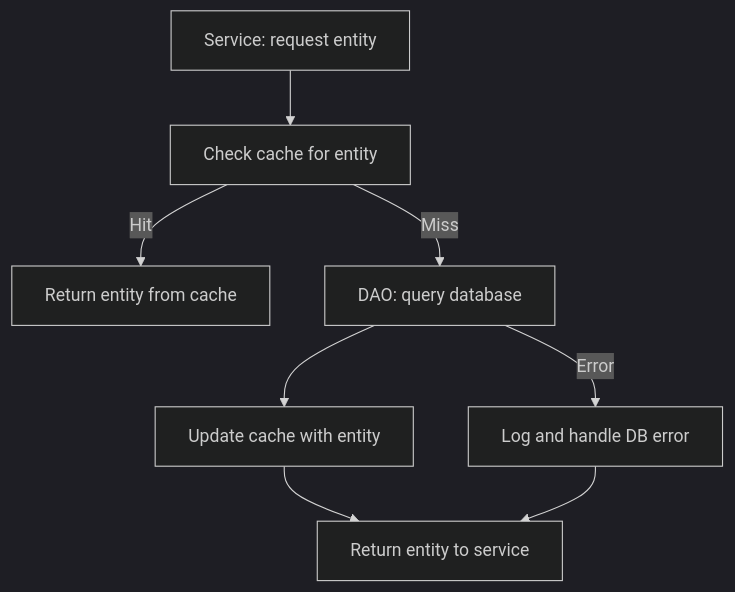
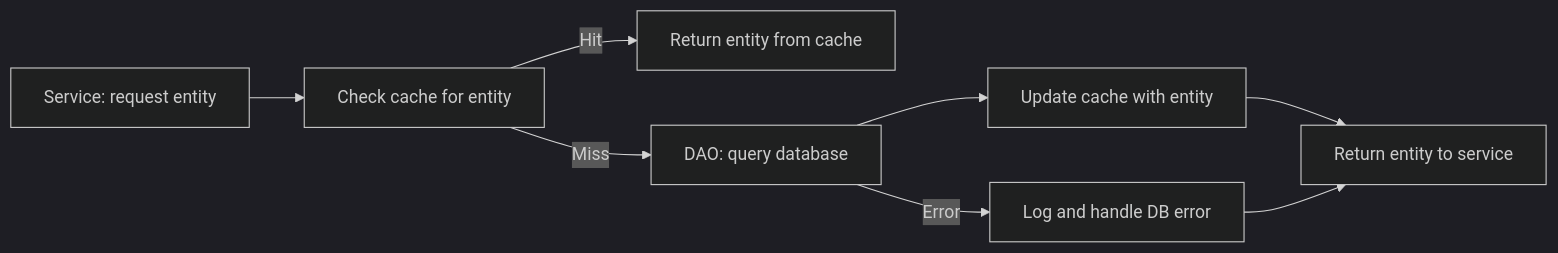
Before and after one commit to vx-daniel/tb-ai-docs: the third of 8 diagrams in spec/spec-architecture-blueprint.md, drawn with Mermaid (dark theme). The commit also changed other lines of this file, not shown here.

````diff
--- a/spec/spec-architecture-blueprint.md
+++ b/spec/spec-architecture-blueprint.md
@@ -490,10 +490,10 @@
 ```mermaid
-flowchart TD
+flowchart LR
     A[Service: request entity] --> B[Check cache for entity]
-    B -->|Hit| C[Return entity from cache]
-    B -->|Miss| D[DAO: query database]
+    B -- Hit --> C[Return entity from cache]
+    B -- Miss --> D[DAO: query database]
     D --> E[Update cache with entity]
     E --> F[Return entity to service]
-    D -->|Error| G[Log and handle DB error]
+    D -- Error --> G[Log and handle DB error]
     G --> F
 ```
````
